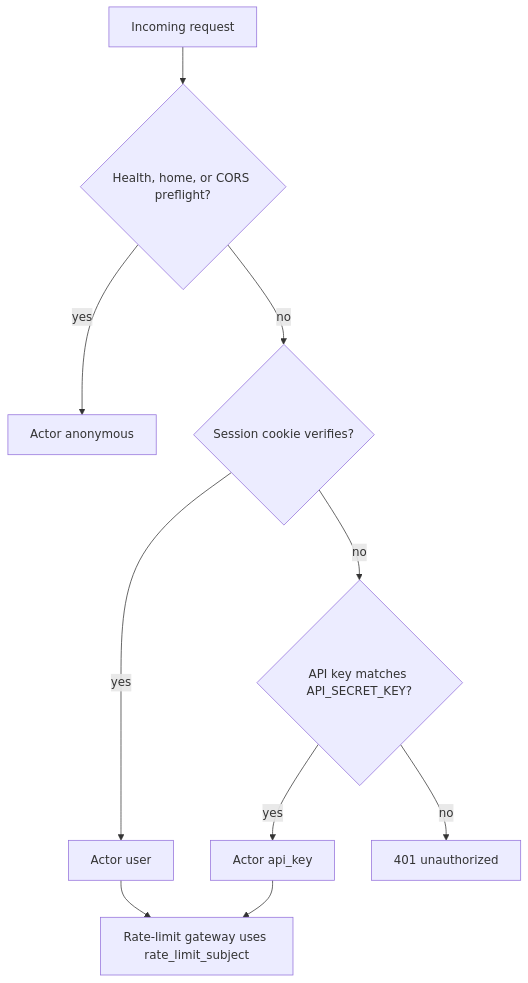
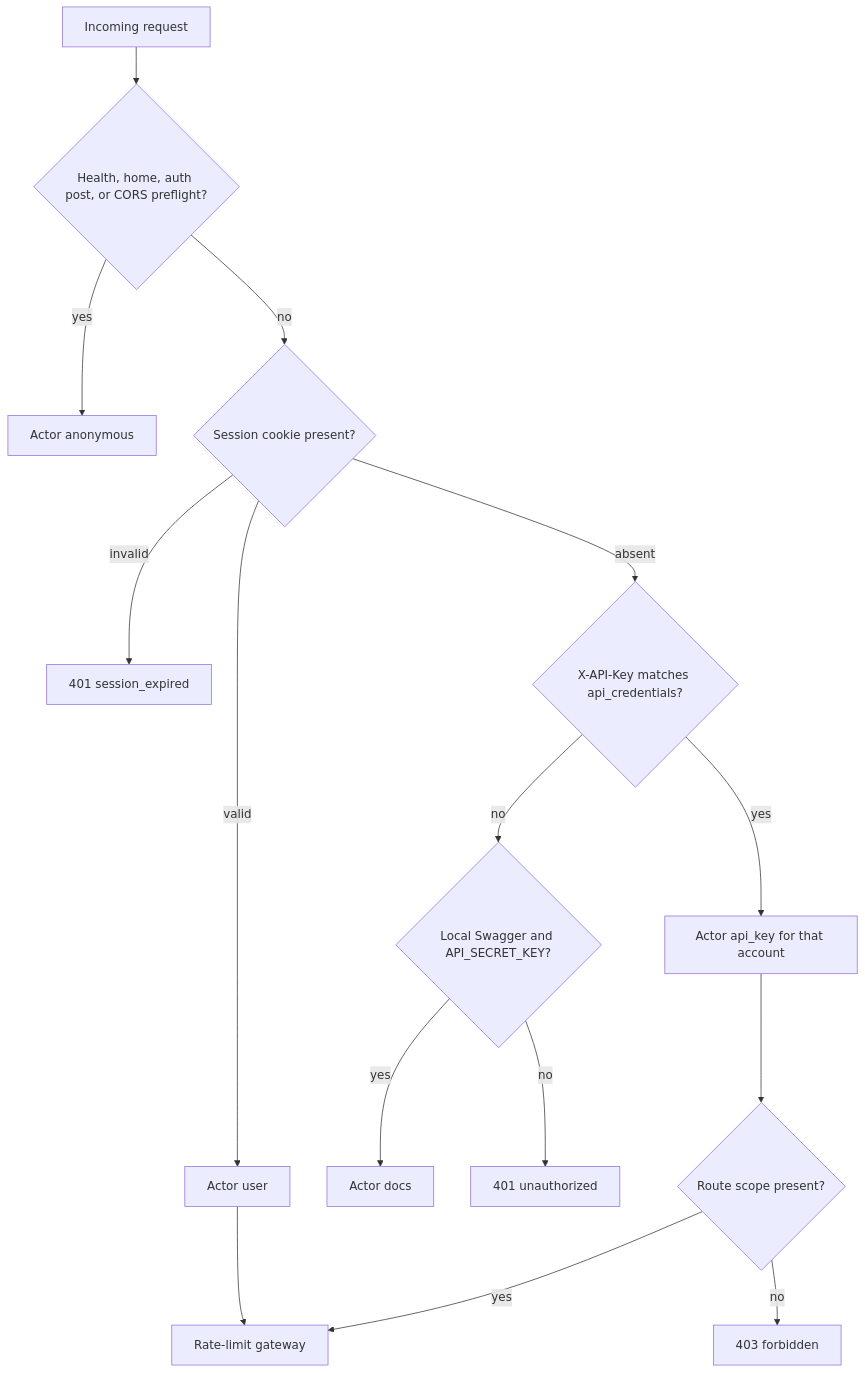
One commit to ShantanuGarg2004/FinPilot changed the first of 6 diagrams in docs/AUTH_ARCHITECTURE.md. Above: the diagram before and after it, drawn with Mermaid. The commit also changed other lines of this file and 68 other files, not shown here.

````diff
--- a/docs/AUTH_ARCHITECTURE.md
+++ b/docs/AUTH_ARCHITECTURE.md
@@ -41,12 +44,17 @@
 ```mermaid
 flowchart TD
-  req[Incoming request] --> anon{Health, home, or CORS preflight?}
+  req[Incoming request] --> anon{Health, home, auth post, or CORS preflight?}
   anon -->|yes| anonymous[Actor anonymous]
-  anon -->|no| cookie{Session cookie verifies?}
-  cookie -->|yes| userActor[Actor user]
-  cookie -->|no| key{API key matches API_SECRET_KEY?}
-  key -->|yes| apiActor[Actor api_key]
-  key -->|no| deny[401 unauthorized]
-  userActor --> gateway[Rate-limit gateway uses rate_limit_subject]
-  apiActor --> gateway
+  anon -->|no| cookie{Session cookie present?}
+  cookie -->|valid| userActor[Actor user]
+  cookie -->|invalid| expired[401 session_expired]
+  cookie -->|absent| key{X-API-Key matches api_credentials?}
+  key -->|yes| apiActor[Actor api_key for that account]
+  key -->|no| docs{Local Swagger and API_SECRET_KEY?}
+  docs -->|yes| docsActor[Actor docs]
+  docs -->|no| deny[401 unauthorized]
+  userActor --> gateway[Rate-limit gateway]
+  apiActor --> scope{Route scope present?}
+  scope -->|no| forbidden[403 forbidden]
+  scope -->|yes| gateway
 ```
````
